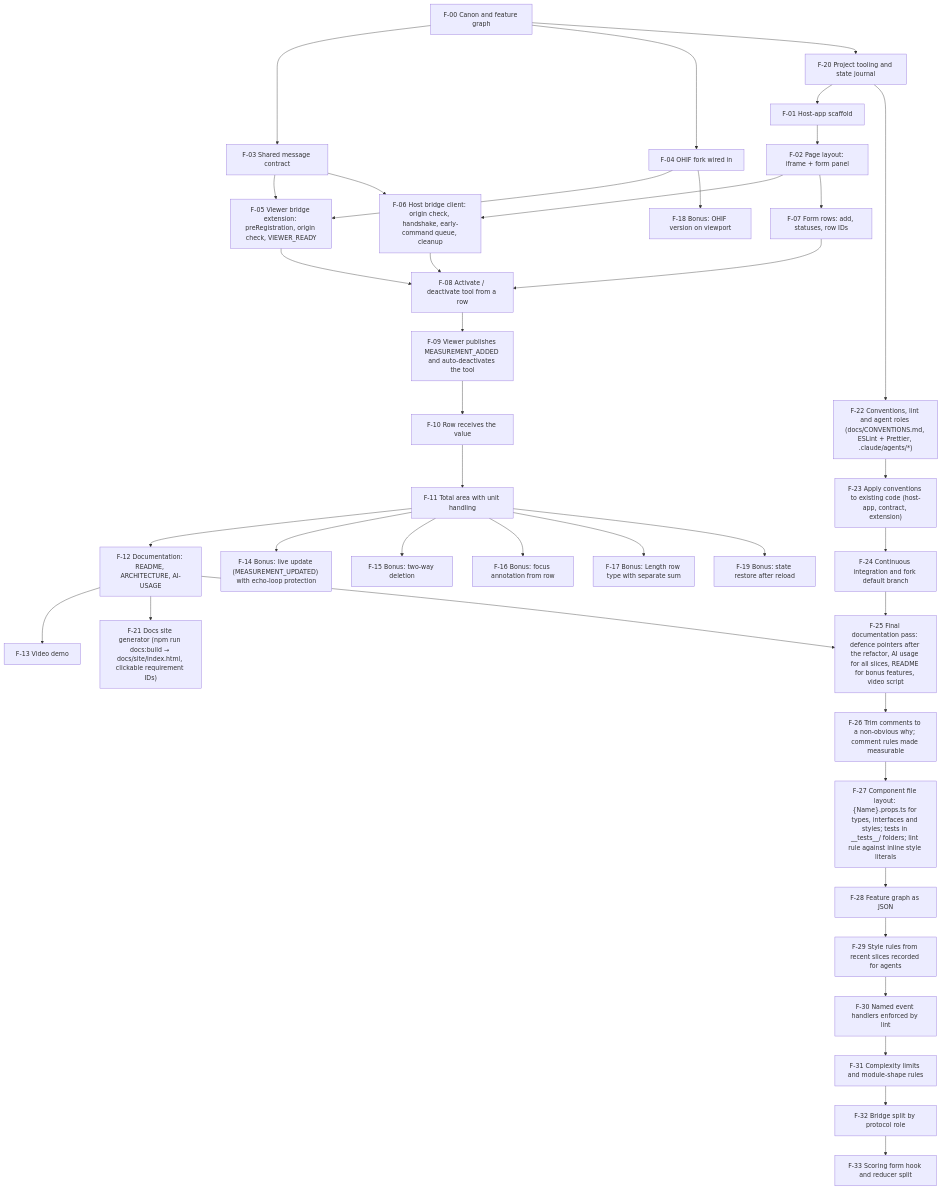
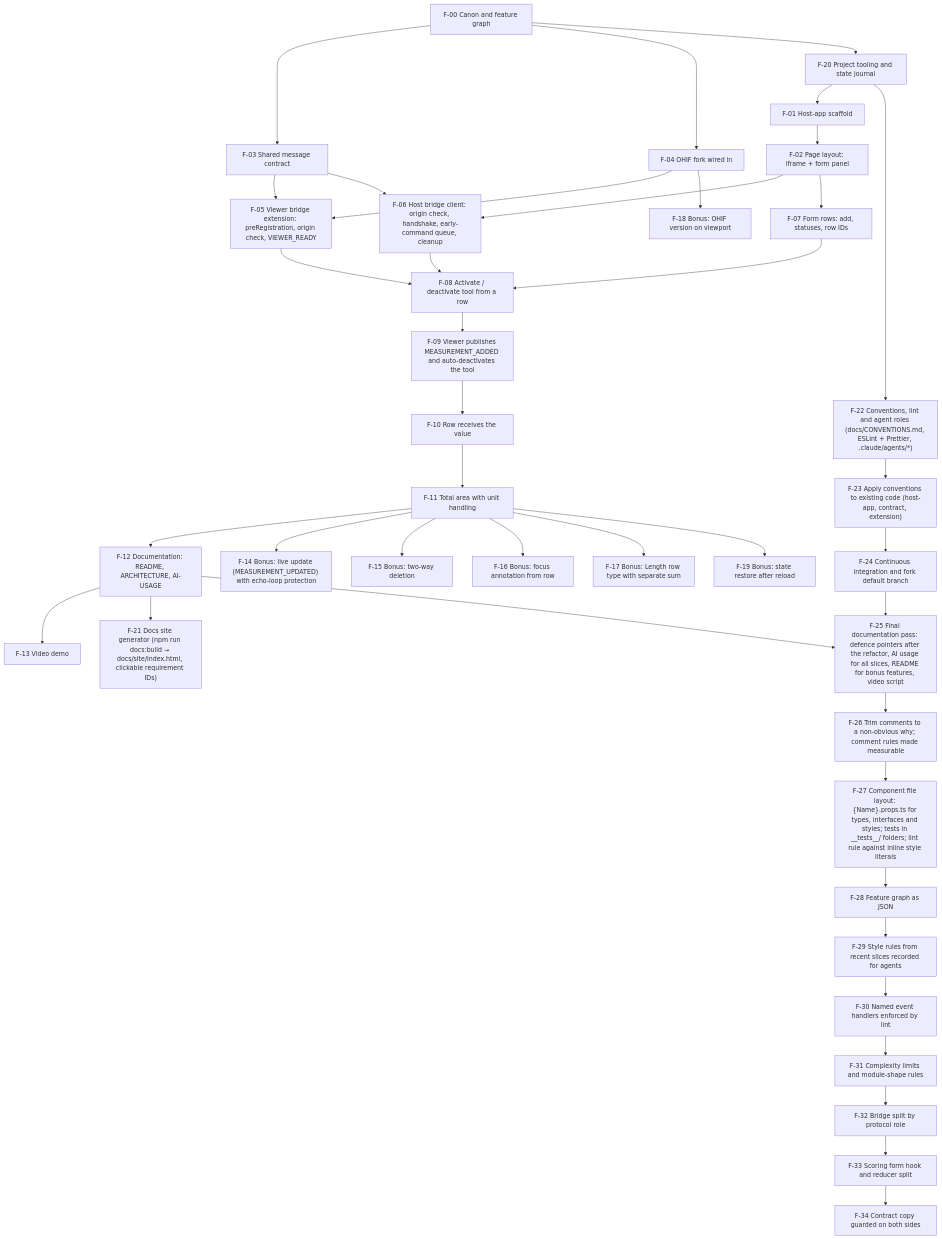
One commit to bdiadiun/artifact-synchronization changed the diagram in docs/FEATURE-GRAPH.md. Above: the diagram before and after it, drawn with Mermaid. The commit also changed other lines of this file and 6 other files, not shown here.

First line of the commit message:
chore: contract copy guard

````diff
--- a/docs/FEATURE-GRAPH.md
+++ b/docs/FEATURE-GRAPH.md
@@ -91,76 +92,78 @@
 ```mermaid
 graph TD
   F00["F-00 Canon and feature graph"]
   F01["F-01 Host-app scaffold"]
   F02["F-02 Page layout: iframe + form panel"]
   F03["F-03 Shared message contract"]
   F04["F-04 OHIF fork wired in"]
   F05["F-05 Viewer bridge extension: preRegistration, origin check, VIEWER_READY"]
   F06["F-06 Host bridge client: origin check, handshake, early-command queue, cleanup"]
   F07["F-07 Form rows: add, statuses, row IDs"]
   F08["F-08 Activate / deactivate tool from a row"]
   F09["F-09 Viewer publishes MEASUREMENT_ADDED and auto-deactivates the tool"]
   F10["F-10 Row receives the value"]
   F11["F-11 Total area with unit handling"]
   F12["F-12 Documentation: README, ARCHITECTURE, AI-USAGE"]
   F13["F-13 Video demo"]
   F14["F-14 Bonus: live update (MEASUREMENT_UPDATED) with echo-loop protection"]
   F15["F-15 Bonus: two-way deletion"]
   F16["F-16 Bonus: focus annotation from row"]
   F17["F-17 Bonus: Length row type with separate sum"]
   F18["F-18 Bonus: OHIF version on viewport"]
   F19["F-19 Bonus: state restore after reload"]
   F20["F-20 Project tooling and state journal"]
   F21["F-21 Docs site generator (npm run docs:build → docs/site/index.html, clickable requirement IDs)"]
   F22["F-22 Conventions, lint and agent roles (docs/CONVENTIONS.md, ESLint + Prettier, .claude/agents/*)"]
   F23["F-23 Apply conventions to existing code (host-app, contract, extension)"]
   F24["F-24 Continuous integration and fork default branch"]
   F25["F-25 Final documentation pass: defence pointers after the refactor, AI usage for all slices, README for bonus features, video script"]
   F26["F-26 Trim comments to a non-obvious why; comment rules made measurable"]
   F27["F-27 Component file layout: {Name}.props.ts for types, interfaces and styles; tests in __tests__/ folders; lint rule against inline style literals"]
   F28["F-28 Feature graph as JSON"]
   F29["F-29 Style rules from recent slices recorded for agents"]
   F30["F-30 Named event handlers enforced by lint"]
   F31["F-31 Complexity limits and module-shape rules"]
   F32["F-32 Bridge split by protocol role"]
   F33["F-33 Scoring form hook and reducer split"]
+  F34["F-34 Contract copy guarded on both sides"]
 
   F20 --> F01
   F01 --> F02
   F00 --> F03
   F00 --> F04
   F03 --> F05
   F04 --> F05
   F02 --> F06
   F03 --> F06
   F02 --> F07
   F05 --> F08
   F06 --> F08
   F07 --> F08
   F08 --> F09
   F09 --> F10
   F10 --> F11
   F11 --> F12
   F12 --> F13
   F11 --> F14
   F11 --> F15
   F11 --> F16
   F11 --> F17
   F04 --> F18
   F11 --> F19
   F00 --> F20
   F12 --> F21
   F20 --> F22
   F22 --> F23
   F23 --> F24
   F12 --> F25
   F24 --> F25
   F25 --> F26
   F26 --> F27
   F27 --> F28
   F28 --> F29
   F29 --> F30
   F30 --> F31
   F31 --> F32
   F32 --> F33
+  F33 --> F34
 ```
````
